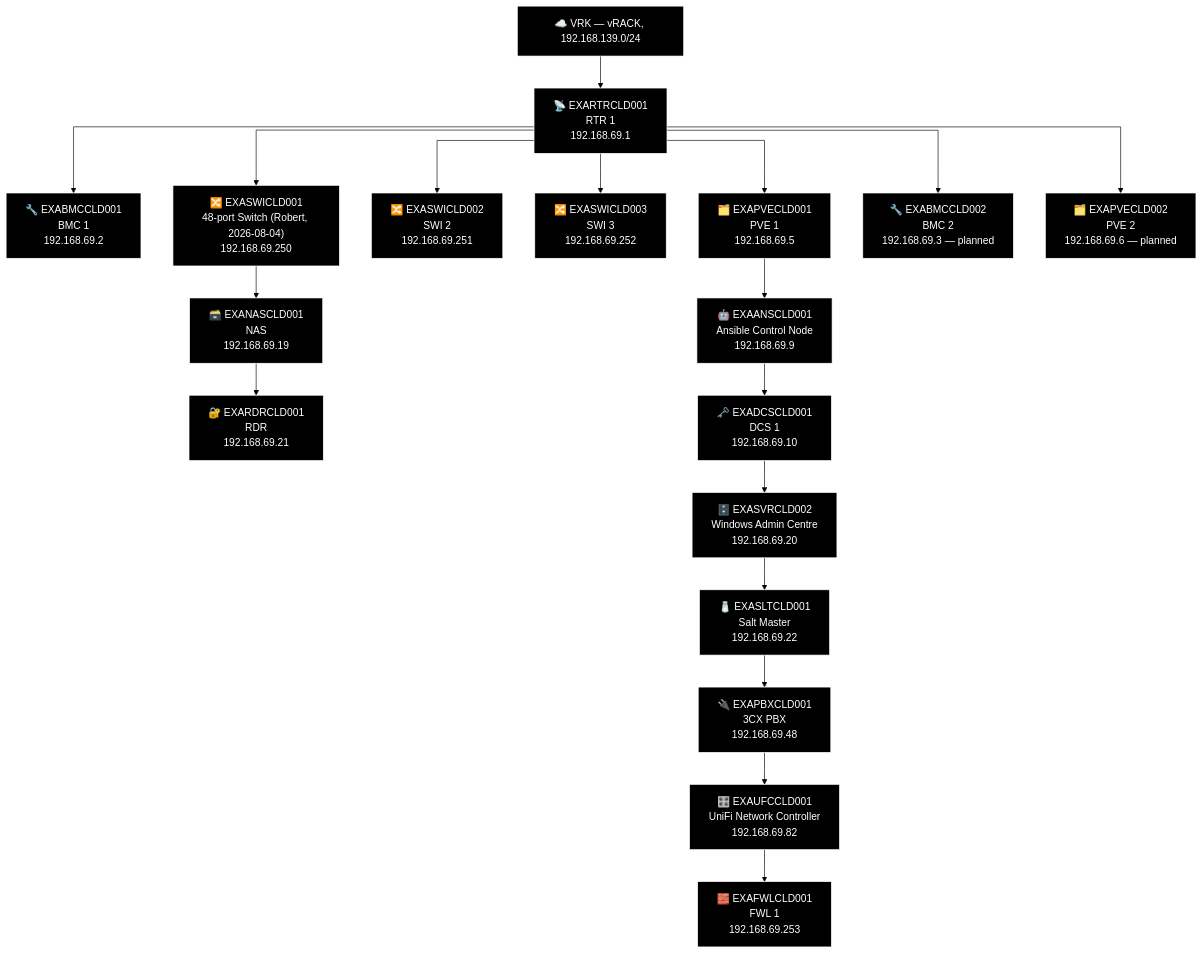
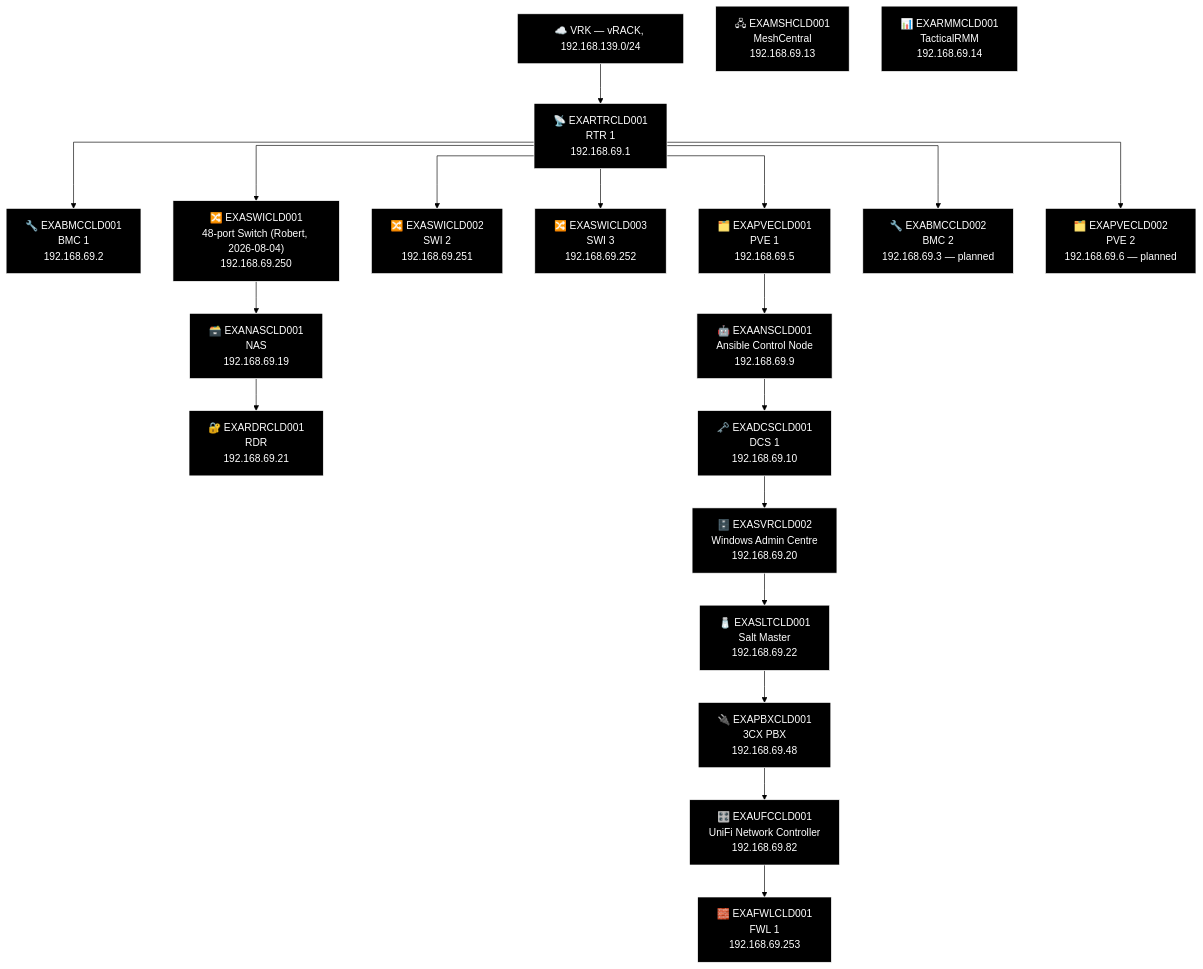
Before and after one commit to knightmare2600/example_music_infra: the second of 2 diagrams in docs/network-diagram/cld.md, drawn with Mermaid (forest theme). The commit also changed 6 other files, not shown here.

````diff
--- a/docs/network-diagram/cld.md
+++ b/docs/network-diagram/cld.md
@@ -44,52 +44,56 @@
 ```mermaid
 %% GENERATED:TOPOLOGY:CLD:START
 %%{init: {'flowchart': {'curve': 'stepAfter'}}}%%
 graph TD
     T_VRK["☁️ VRK — vRACK, 192.168.139.0/24"]
     T_RTR["📡 EXARTRCLD001<br/>RTR 1<br/>192.168.69.1"]
     T_VRK --> T_RTR
     T_BMC["🔧 EXABMCCLD001<br/>BMC 1<br/>192.168.69.2"]
     T_RTR --> T_BMC
     T_PVE["🗂️ EXAPVECLD001<br/>PVE 1<br/>192.168.69.5"]
     T_RTR --> T_PVE
     T_SWI["🔀 EXASWICLD002<br/>SWI 2<br/>192.168.69.251"]
     T_RTR --> T_SWI
     T_SWI2["🔀 EXASWICLD003<br/>SWI 3<br/>192.168.69.252"]
     T_RTR --> T_SWI2
     T_SWI3["🔀 EXASWICLD001<br/>48-port Switch (Robert, 2026-08-04)<br/>192.168.69.250"]
     T_RTR --> T_SWI3
     T_BMC2["🔧 EXABMCCLD002<br/>BMC 2<br/>192.168.69.3 — planned"]
     T_RTR --> T_BMC2
     T_PVE2["🗂️ EXAPVECLD002<br/>PVE 2<br/>192.168.69.6 — planned"]
     T_RTR --> T_PVE2
     T_NAS["🗃️ EXANASCLD001<br/>NAS<br/>192.168.69.19"]
     T_RDR["🔐 EXARDRCLD001<br/>RDR<br/>192.168.69.21"]
     T_SWI3 --> T_NAS --> T_RDR
     T_ANS["🤖 EXAANSCLD001<br/>Ansible Control Node<br/>192.168.69.9"]
     T_DCS["🗝️ EXADCSCLD001<br/>DCS 1<br/>192.168.69.10"]
     T_SVR["🗄️ EXASVRCLD002<br/>Windows Admin Centre<br/>192.168.69.20"]
     T_SLT["🧂 EXASLTCLD001<br/>Salt Master<br/>192.168.69.22"]
     T_PBX["🔌 EXAPBXCLD001<br/>3CX PBX<br/>192.168.69.48"]
     T_UFC["🎛️ EXAUFCCLD001<br/>UniFi Network Controller<br/>192.168.69.82"]
     T_FWL["🧱 EXAFWLCLD001<br/>FWL 1<br/>192.168.69.253"]
     T_PVE --> T_ANS --> T_DCS --> T_SVR --> T_SLT --> T_PBX --> T_UFC --> T_FWL
+    T_MSH["🖧 EXAMSHCLD001<br/>MeshCentral<br/>192.168.69.13"]
+    T_RMM["📊 EXARMMCLD001<br/>TacticalRMM<br/>192.168.69.14"]
     style T_VRK fill:#000000,stroke:#FFFFFF,color:#FFFFFF
     style T_RTR fill:#000000,stroke:#FFFFFF,color:#FFFFFF
     style T_BMC fill:#000000,stroke:#FFFFFF,color:#FFFFFF
     style T_PVE fill:#000000,stroke:#FFFFFF,color:#FFFFFF
     style T_SWI fill:#000000,stroke:#FFFFFF,color:#FFFFFF
     style T_SWI2 fill:#000000,stroke:#FFFFFF,color:#FFFFFF
     style T_SWI3 fill:#000000,stroke:#FFFFFF,color:#FFFFFF
     style T_BMC2 fill:#000000,stroke:#FFFFFF,color:#FFFFFF
     style T_PVE2 fill:#000000,stroke:#FFFFFF,color:#FFFFFF
     style T_NAS fill:#000000,stroke:#FFFFFF,color:#FFFFFF
     style T_RDR fill:#000000,stroke:#FFFFFF,color:#FFFFFF
     style T_ANS fill:#000000,stroke:#FFFFFF,color:#FFFFFF
     style T_DCS fill:#000000,stroke:#FFFFFF,color:#FFFFFF
     style T_SVR fill:#000000,stroke:#FFFFFF,color:#FFFFFF
     style T_SLT fill:#000000,stroke:#FFFFFF,color:#FFFFFF
     style T_PBX fill:#000000,stroke:#FFFFFF,color:#FFFFFF
     style T_UFC fill:#000000,stroke:#FFFFFF,color:#FFFFFF
     style T_FWL fill:#000000,stroke:#FFFFFF,color:#FFFFFF
+    style T_MSH fill:#000000,stroke:#FFFFFF,color:#FFFFFF
+    style T_RMM fill:#000000,stroke:#FFFFFF,color:#FFFFFF
 %% GENERATED:TOPOLOGY:CLD:END
 ```
````
